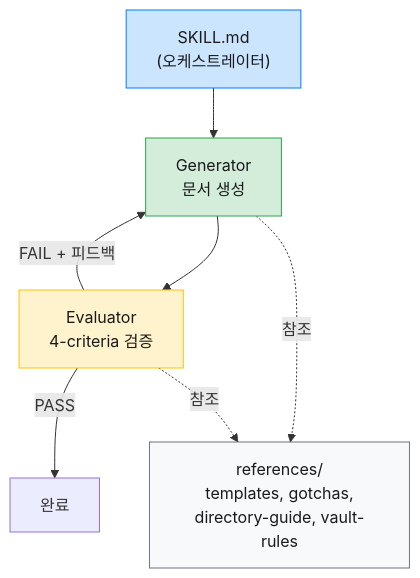
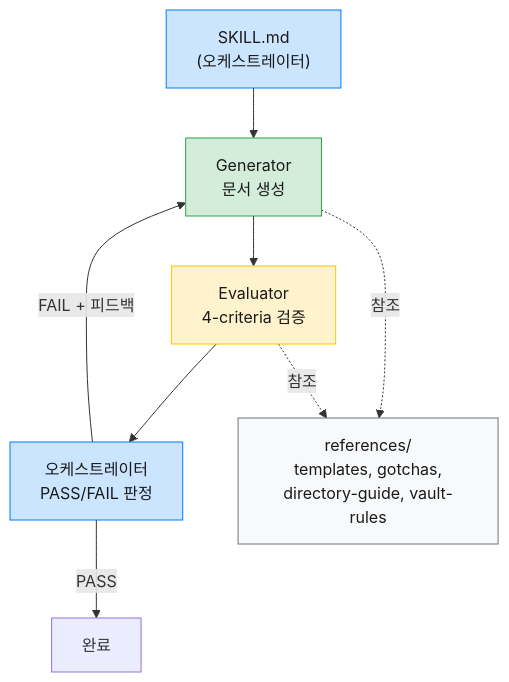
Before and after one commit to Epikoding/epikoding.github.io: the second of 3 diagrams in _posts/2026-03-27-claude-code-note-skill-harness-pattern-guide.md, drawn with Mermaid. The commit also changed other lines of this file, not shown here.

````diff
--- a/_posts/2026-03-27-claude-code-note-skill-harness-pattern-guide.md
+++ b/_posts/2026-03-27-claude-code-note-skill-harness-pattern-guide.md
@@ -116,19 +116,21 @@
 ```mermaid
 flowchart TB
     classDef orchestrator fill:#cce5ff,stroke:#007bff,color:#1a1a1a
     classDef generator fill:#d4edda,stroke:#28a745,color:#1a1a1a
     classDef evaluator fill:#fff3cd,stroke:#ffc107,color:#1a1a1a
     classDef reference fill:#f8f9fa,stroke:#6c757d,color:#1a1a1a
 
     SKILL["SKILL.md<br/>(오케스트레이터)"]:::orchestrator
     GEN["Generator<br/>문서 생성"]:::generator
     EVAL["Evaluator<br/>4-criteria 검증"]:::evaluator
+    JUDGE["오케스트레이터<br/>PASS/FAIL 판정"]:::orchestrator
     REF["references/<br/>templates, gotchas,<br/>directory-guide, vault-rules"]:::reference
 
     SKILL --> GEN
     GEN --> EVAL
-    EVAL -->|PASS| DONE["완료"]
-    EVAL -->|FAIL + 피드백| GEN
+    EVAL --> JUDGE
+    JUDGE -->|PASS| DONE["완료"]
+    JUDGE -->|FAIL + 피드백| GEN
     GEN -.->|참조| REF
     EVAL -.->|참조| REF
 ```
````
